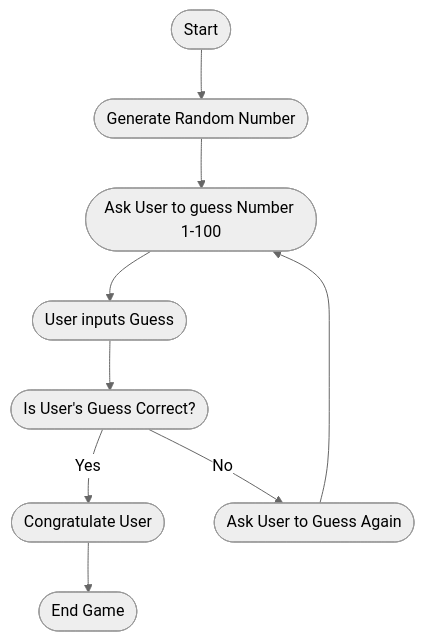
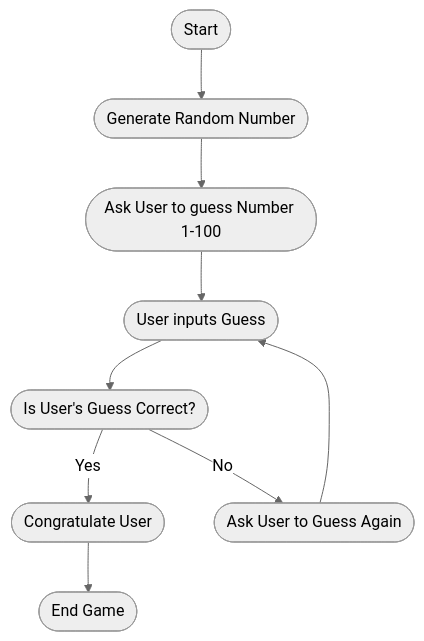
The diagram in Guessing.md (Phz6/Phz6.github.io), drawn with Mermaid (neutral theme) before and after one commit.

````diff
--- a/Guessing.md
+++ b/Guessing.md
@@ -1,11 +1,11 @@
 ```mermaid
 flowchart TD
 Start([Start]) --> B([Generate Random Number])
 B --> C([Ask User to guess Number 1-100])
 C --> D([User inputs Guess])
 D --> E([Is User's Guess Correct?])
 E -- Yes --> F([Congratulate User])
 E -- No --> G([Ask User to Guess Again])
-G --> C
+G --> D
 F --> H([End Game])
 ```
````
